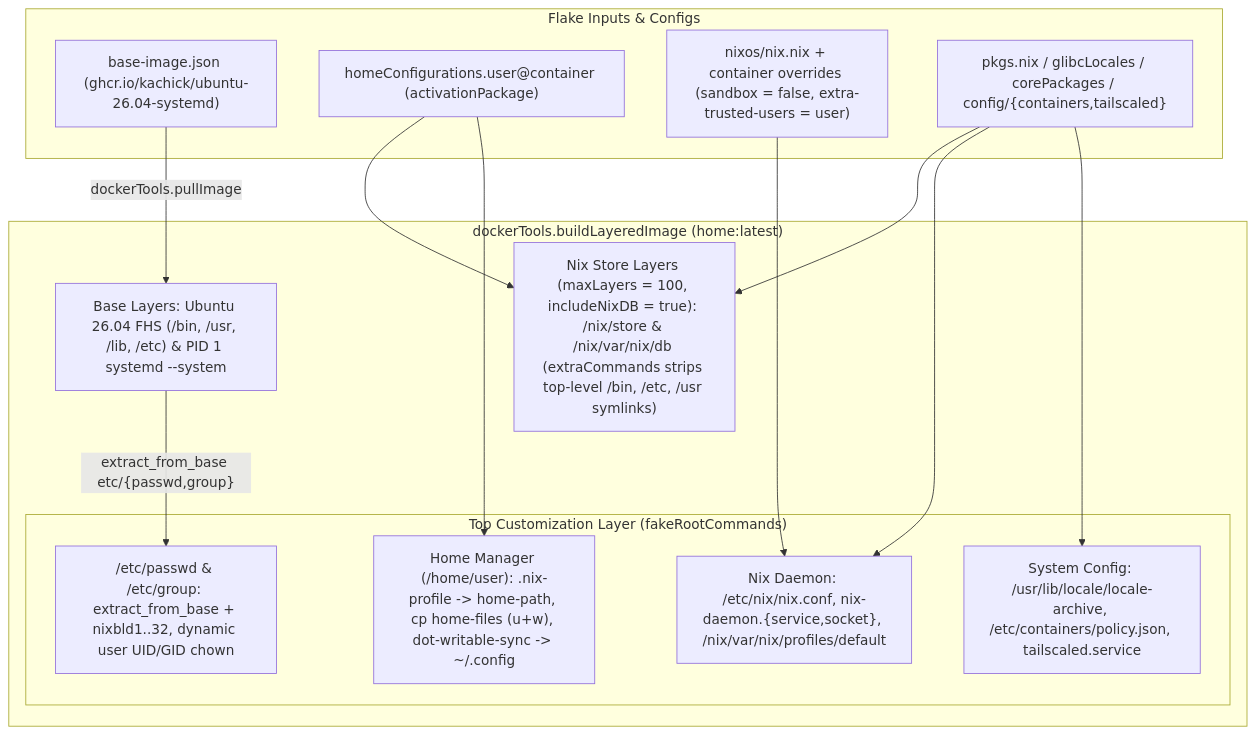
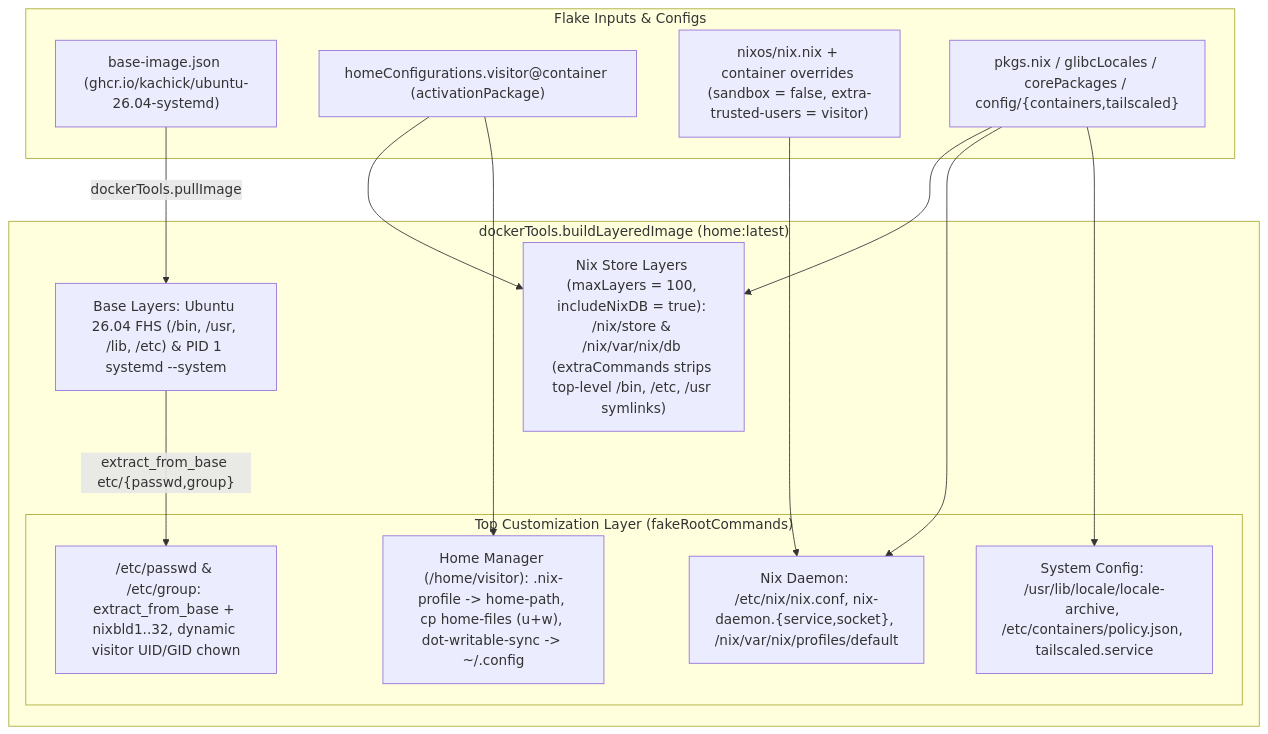
The first of 2 diagrams in containers/README.md (kachick/dotfiles), drawn with Mermaid before and after one commit. The commit also changed other lines of this file and 26 other files, not shown here.

````diff
--- a/containers/README.md
+++ b/containers/README.md
@@ -8,30 +8,30 @@
 ```mermaid
 flowchart TD
     subgraph Inputs ["Flake Inputs & Configs"]
         base_json["base-image.json (ghcr.io/kachick/ubuntu-26.04-systemd)"]
-        hm_cfg["homeConfigurations.user@container (activationPackage)"]
-        nix_cfg["nixos/nix.nix + container overrides (sandbox = false, extra-trusted-users = user)"]
+        hm_cfg["homeConfigurations.visitor@container (activationPackage)"]
+        nix_cfg["nixos/nix.nix + container overrides (sandbox = false, extra-trusted-users = visitor)"]
         sys_cfg["pkgs.nix / glibcLocales / corePackages / config/{containers,tailscaled}"]
     end
 
     subgraph Image ["dockerTools.buildLayeredImage (home:latest)"]
         base_layers["Base Layers: Ubuntu 26.04 FHS (/bin, /usr, /lib, /etc) & PID 1 systemd --system"]
         store_layers["Nix Store Layers (maxLayers = 100, includeNixDB = true): /nix/store & /nix/var/nix/db (extraCommands strips top-level /bin, /etc, /usr symlinks)"]
 
         subgraph FakeRoot ["Top Customization Layer (fakeRootCommands)"]
-            passwd["/etc/passwd & /etc/group: extract_from_base + nixbld1..32, dynamic user UID/GID chown"]
+            passwd["/etc/passwd & /etc/group: extract_from_base + nixbld1..32, dynamic visitor UID/GID chown"]
             daemon["Nix Daemon: /etc/nix/nix.conf, nix-daemon.{service,socket}, /nix/var/nix/profiles/default"]
             sys_etc["System Config: /usr/lib/locale/locale-archive, /etc/containers/policy.json, tailscaled.service"]
-            hm_state["Home Manager (/home/user): .nix-profile -> home-path, cp home-files (u+w), dot-writable-sync -> ~/.config"]
+            hm_state["Home Manager (/home/visitor): .nix-profile -> home-path, cp home-files (u+w), dot-writable-sync -> ~/.config"]
         end
     end
 
     base_json -->|"dockerTools.pullImage"| base_layers
     base_layers -->|"extract_from_base etc/{passwd,group}"| passwd
     hm_cfg --> store_layers
     sys_cfg --> store_layers
     nix_cfg --> daemon
     sys_cfg --> daemon
     sys_cfg --> sys_etc
     hm_cfg --> hm_state
 ```
````
